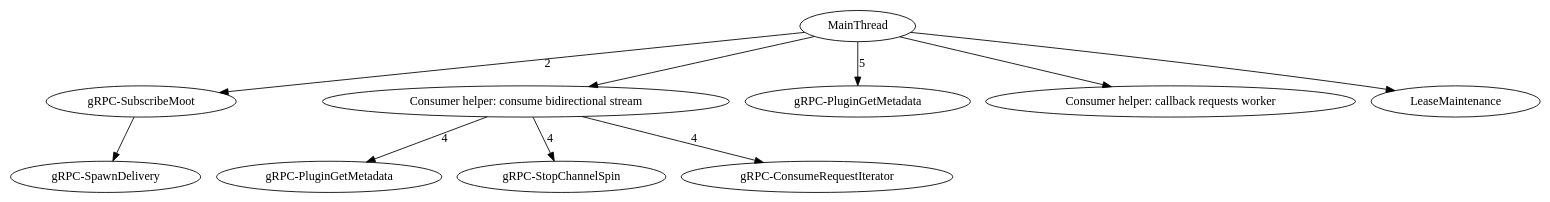
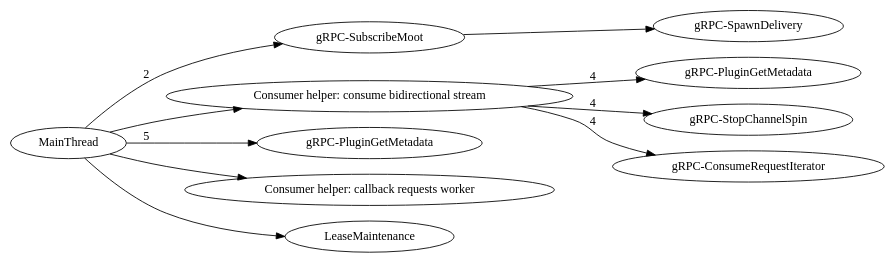
One commit to dhermes/google-cloud-pubsub-performance changed the diagram in no-messages/0.29.1.dot. Above: the diagram before and after it, drawn with Graphviz. The commit also changed 20 other files, not shown here.

Commit message:
Making SVG / dot graphs left to right.

```diff
--- a/no-messages/0.29.1.dot
+++ b/no-messages/0.29.1.dot
@@ -1,45 +1,46 @@
 digraph G {
+rankdir=LR;
 subgraph  {
 subgraph  {
 }
 
 "Thread-gRPC-SubscribeMoot" -> "Thread-gRPC-SpawnDelivery";
 }
 
 subgraph  {
 }
 
 subgraph  {
 }
 
 subgraph  {
 subgraph  {
 }
 
 subgraph  {
 }
 
 subgraph  {
 }
 
 "Consumer helper: consume bidirectional stream" -> "Thread-gRPC-PluginGetMetadata++"  [label=4];
 "Consumer helper: consume bidirectional stream" -> "Thread-gRPC-StopChannelSpin"  [label=4];
 "Consumer helper: consume bidirectional stream" -> "Thread-gRPC-ConsumeRequestIterator"  [label=4];
 }
 
 subgraph  {
 }
 
 MainThread -> "Thread-gRPC-SubscribeMoot"  [label=2];
 MainThread -> "Thread-gRPC-PluginGetMetadata"  [label=5];
 MainThread -> "Consumer helper: callback requests worker";
 MainThread -> "Consumer helper: consume bidirectional stream";
 MainThread -> "Thread-LeaseMaintenance";
-"Thread-gRPC-PluginGetMetadata" [label="gRPC-PluginGetMetadata"];
+"Thread-gRPC-SubscribeMoot" [label="gRPC-SubscribeMoot"];
 "Thread-gRPC-SpawnDelivery" [label="gRPC-SpawnDelivery"];
-"Thread-gRPC-StopChannelSpin" [label="gRPC-StopChannelSpin"];
-"Thread-gRPC-ConsumeRequestIterator" [label="gRPC-ConsumeRequestIterator"];
-"Thread-gRPC-SubscribeMoot" [label="gRPC-SubscribeMoot"];
 "Thread-LeaseMaintenance" [label=LeaseMaintenance];
 "Thread-gRPC-PluginGetMetadata++" [label="gRPC-PluginGetMetadata"];
+"Thread-gRPC-StopChannelSpin" [label="gRPC-StopChannelSpin"];
+"Thread-gRPC-PluginGetMetadata" [label="gRPC-PluginGetMetadata"];
+"Thread-gRPC-ConsumeRequestIterator" [label="gRPC-ConsumeRequestIterator"];
 }
```
